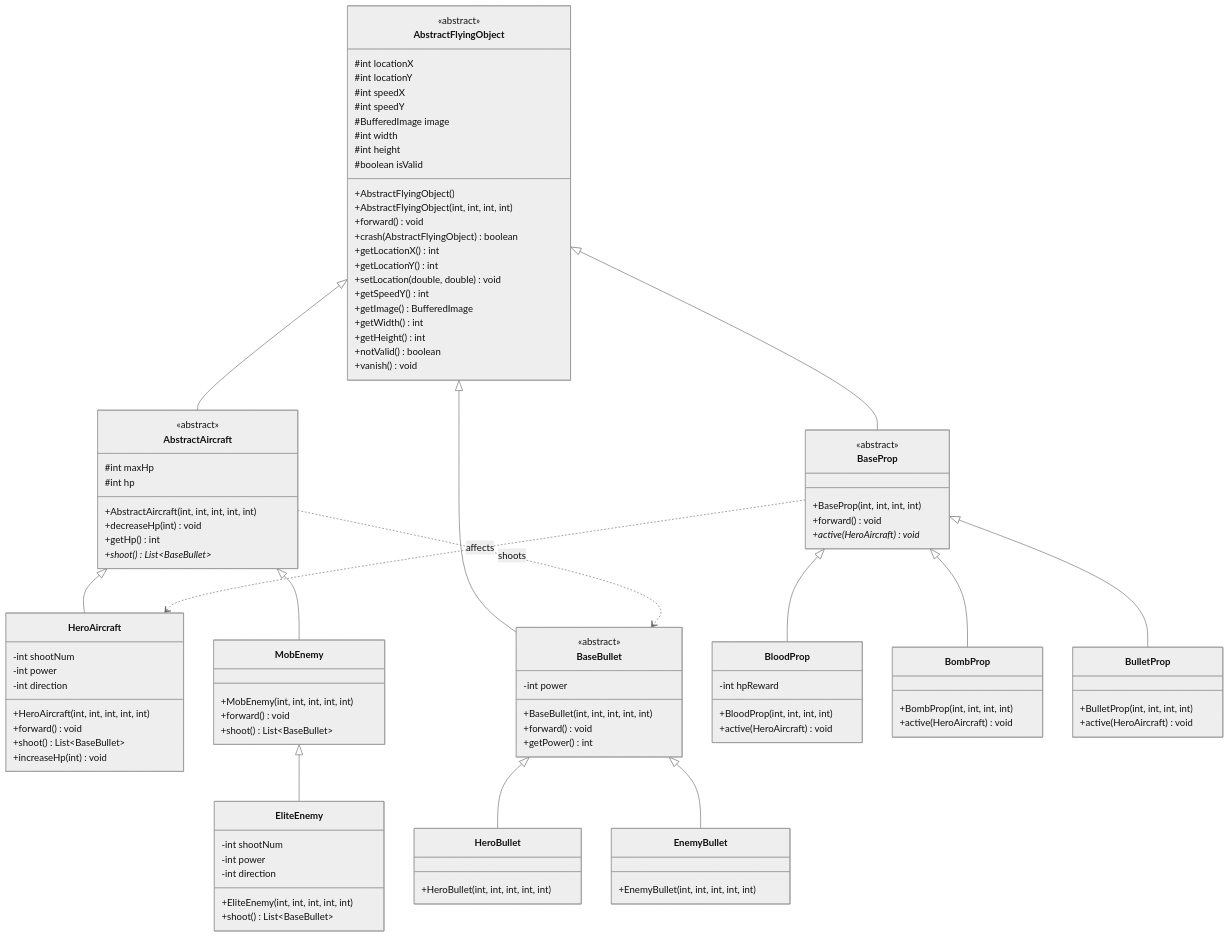
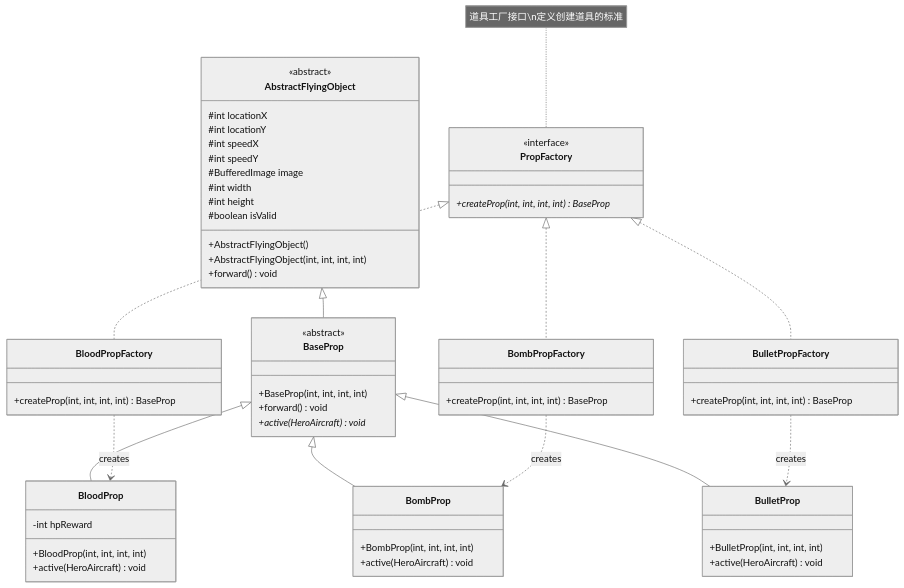
The fifth of 6 diagrams in README.md (Sakurawin/Fly_boom), drawn with Mermaid (neutral theme) before and after one commit. The commit also changed other lines of this file and 13 other files, not shown here.

````diff
--- a/README.md
+++ b/README.md
@@ -19,66 +290,6 @@
         +AbstractFlyingObject()
         +AbstractFlyingObject(int, int, int, int)
         +forward() void
-        +crash(AbstractFlyingObject) boolean
-        +getLocationX() int
-        +getLocationY() int
-        +setLocation(double, double) void
-        +getSpeedY() int
-        +getImage() BufferedImage
-        +getWidth() int
-        +getHeight() int
-        +notValid() boolean
-        +vanish() void
-    }
-
-    class AbstractAircraft {
-        <<abstract>>
-        #int maxHp
-        #int hp
-        +AbstractAircraft(int, int, int, int, int)
-        +decreaseHp(int) void
-        +getHp() int
-        +shoot() List~BaseBullet~*
-    }
-
-    class HeroAircraft {
-        -int shootNum
-        -int power
-        -int direction
-        +HeroAircraft(int, int, int, int, int)
-        +forward() void
-        +shoot() List~BaseBullet~
-        +increaseHp(int) void
-    }
-
-    class MobEnemy {
-        +MobEnemy(int, int, int, int, int)
-        +forward() void
-        +shoot() List~BaseBullet~
-    }
-
-    class EliteEnemy {
-        -int shootNum
-        -int power
-        -int direction
-        +EliteEnemy(int, int, int, int, int)
-        +shoot() List~BaseBullet~
-    }
-
-    class BaseBullet {
-        <<abstract>>
-        -int power
-        +BaseBullet(int, int, int, int, int)
-        +forward() void
-        +getPower() int
-    }
-
-    class HeroBullet {
-        +HeroBullet(int, int, int, int, int)
-    }
-
-    class EnemyBullet {
-        +EnemyBullet(int, int, int, int, int)
     }
 
     class BaseProp {
@@ -104,24 +315,38 @@
         +active(HeroAircraft) void
     }
 
+    class PropFactory {
+        <<interface>>
+        +createProp(int, int, int, int) BaseProp*
+    }
+
+    class BloodPropFactory {
+        +createProp(int, int, int, int) BaseProp
+    }
+
+    class BombPropFactory {
+        +createProp(int, int, int, int) BaseProp
+    }
+
+    class BulletPropFactory {
+        +createProp(int, int, int, int) BaseProp
+    }
+
     %% 继承关系
-    AbstractFlyingObject <|-- AbstractAircraft
-    AbstractFlyingObject <|-- BaseBullet
     AbstractFlyingObject <|-- BaseProp
-
-    AbstractAircraft <|-- HeroAircraft
-    AbstractAircraft <|-- MobEnemy
-
-    MobEnemy <|-- EliteEnemy
-
-    BaseBullet <|-- HeroBullet
-    BaseBullet <|-- EnemyBullet
-
     BaseProp <|-- BloodProp
     BaseProp <|-- BombProp
     BaseProp <|-- BulletProp
 
+    %% 工厂模式关系
+    PropFactory <|.. BloodPropFactory
+    PropFactory <|.. BombPropFactory
+    PropFactory <|.. BulletPropFactory
+
     %% 依赖关系
-    AbstractAircraft ..> BaseBullet : shoots
-    BaseProp ..> HeroAircraft : affects
+    BloodPropFactory ..> BloodProp : creates
+    BombPropFactory ..> BombProp : creates
+    BulletPropFactory ..> BulletProp : creates
+
+    note for PropFactory "道具工厂接口\n定义创建道具的标准"
 ```
````
